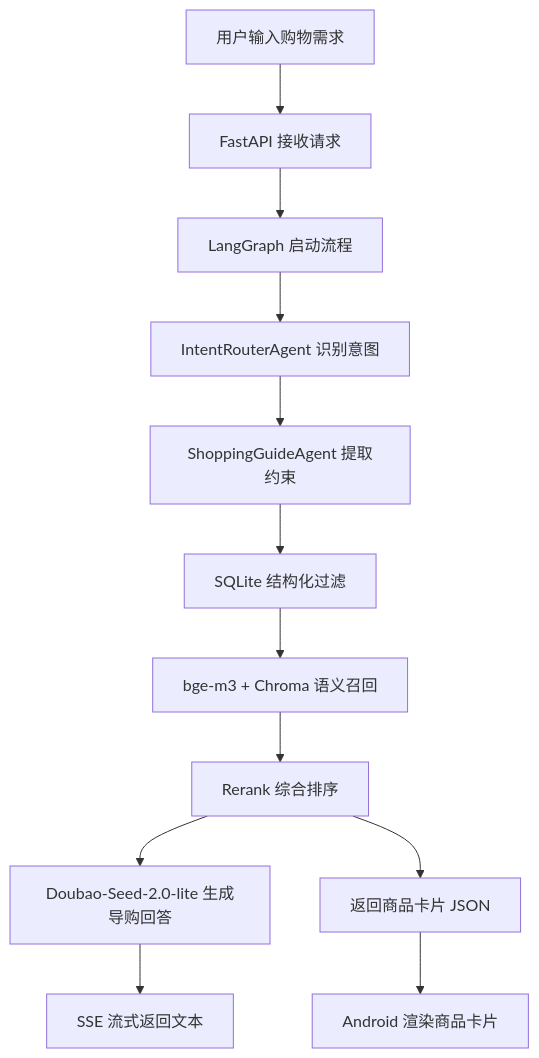
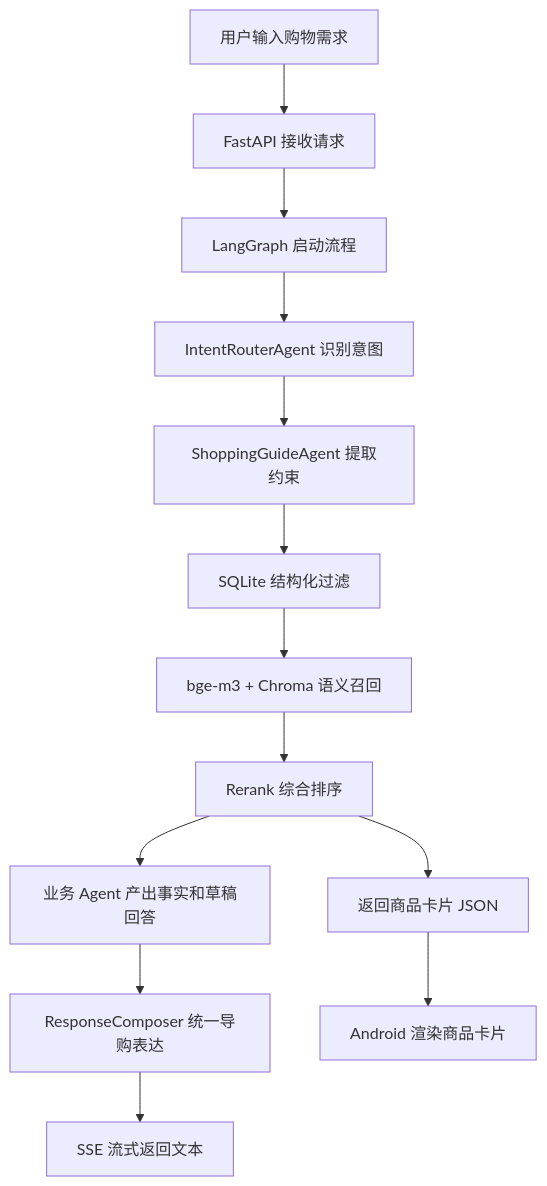
One commit to zzcy20122013/commerce-rag-agent changed the fourth of 6 diagrams in docs/project/基于RAG的多模态电商智能导购Agent方案.md. Above: the diagram before and after it, drawn with Mermaid. The commit also changed other lines of this file and 10 other files, not shown here.

Commit message:
docs: sync project roadmap and status

````diff
--- a/docs/project/基于RAG的多模态电商智能导购Agent方案.md
+++ b/docs/project/基于RAG的多模态电商智能导购Agent方案.md
@@ -539,14 +557,15 @@
 ```mermaid
 flowchart TD
     A["用户输入购物需求"] --> B["FastAPI 接收请求"]
     B --> C["LangGraph 启动流程"]
     C --> D["IntentRouterAgent 识别意图"]
     D --> E["ShoppingGuideAgent 提取约束"]
     E --> F["SQLite 结构化过滤"]
     F --> G["bge-m3 + Chroma 语义召回"]
     G --> H["Rerank 综合排序"]
-    H --> I["Doubao-Seed-2.0-lite 生成导购回答"]
-    I --> J["SSE 流式返回文本"]
+    H --> I["业务 Agent 产出事实和草稿回答"]
+    I --> C2["ResponseComposer 统一导购表达"]
+    C2 --> J["SSE 流式返回文本"]
     H --> K["返回商品卡片 JSON"]
     K --> L["Android 渲染商品卡片"]
 ```
````
